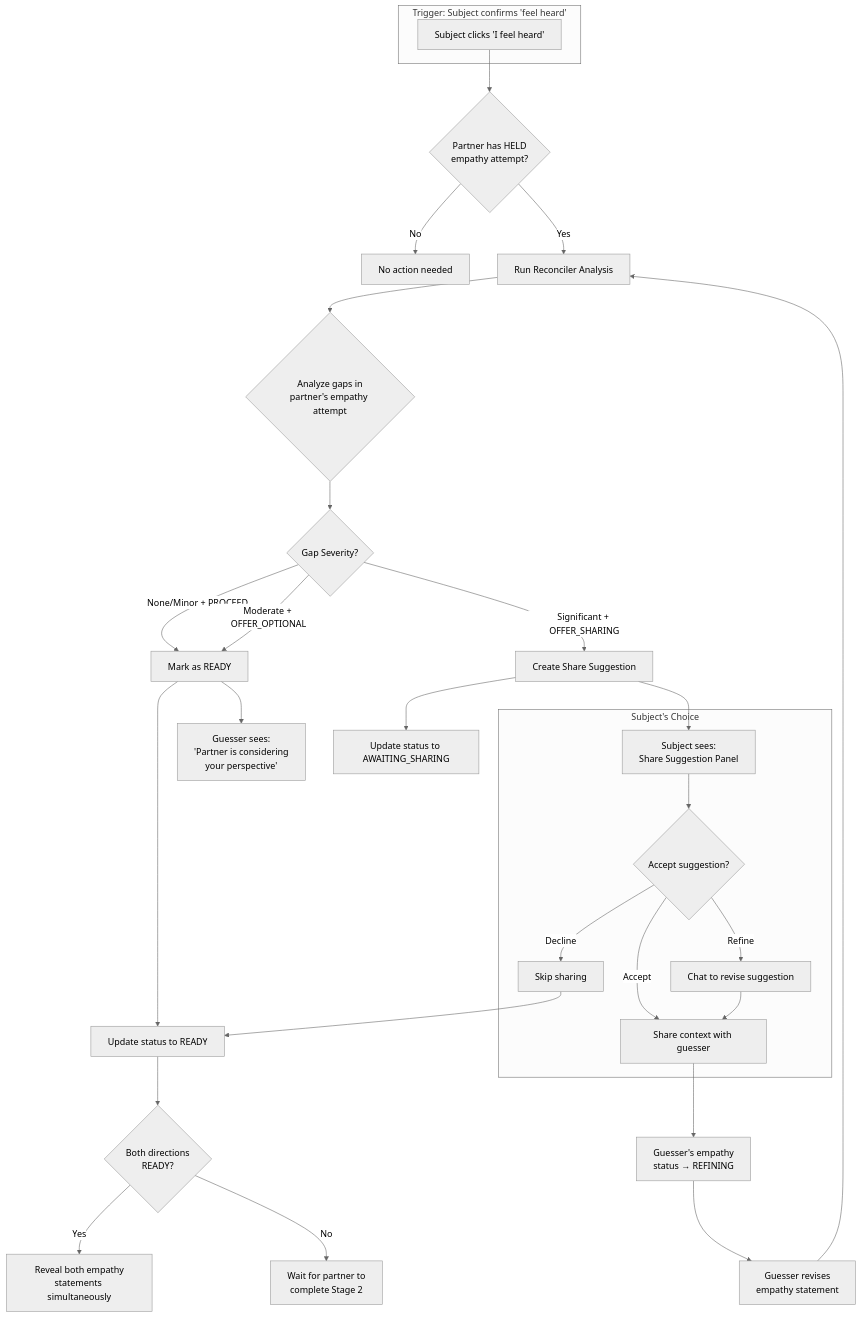
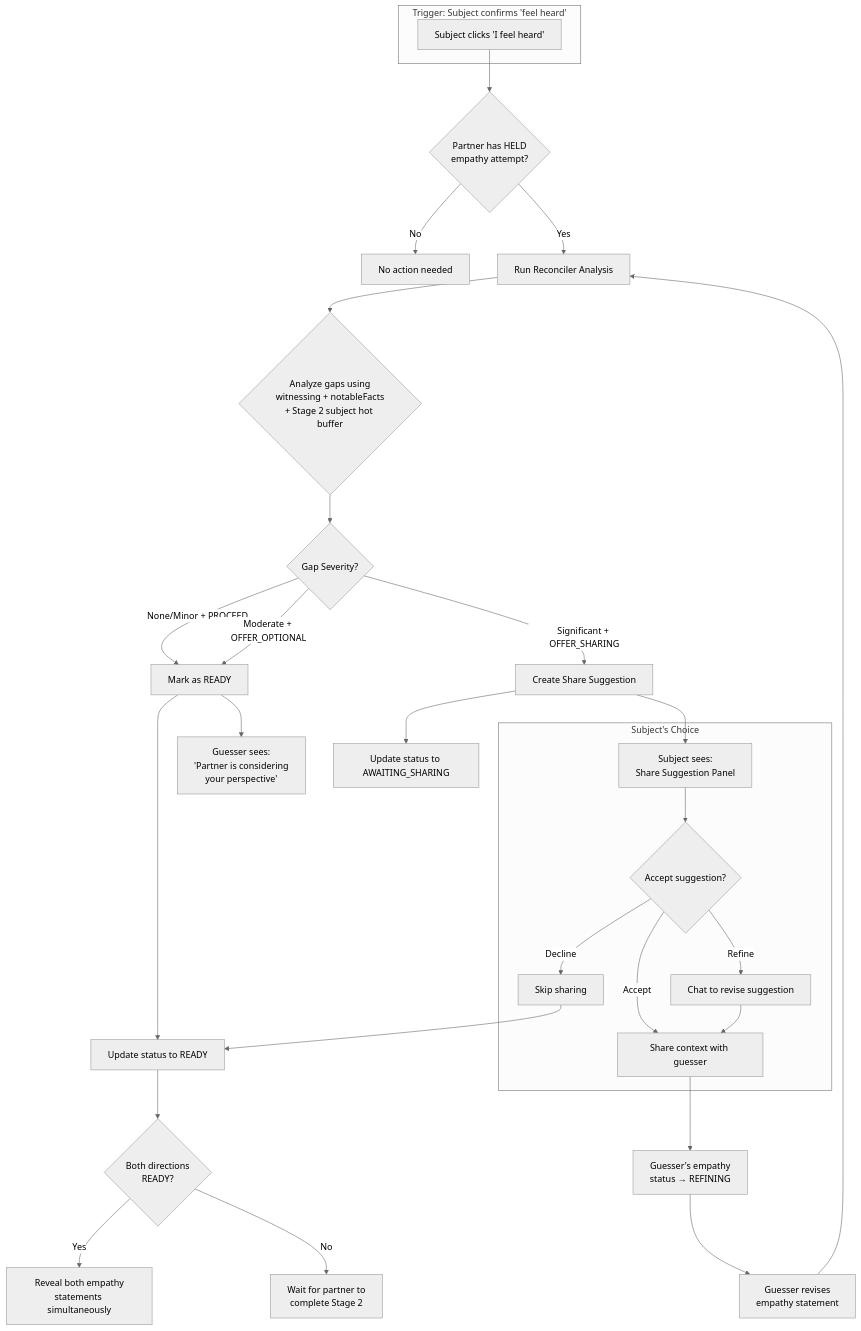
One commit to shantamg/meet-without-fear changed the third of 8 diagrams in docs/backend/reconciler-flow.md. Above: the diagram before and after it, drawn with Mermaid (neutral theme). The commit also changed other lines of this file and 6 other files, not shown here.

````diff
--- a/docs/backend/reconciler-flow.md
+++ b/docs/backend/reconciler-flow.md
@@ -110,41 +110,41 @@
 ```mermaid
 flowchart TB
     subgraph Trigger["Trigger: Subject confirms 'feel heard'"]
         A["Subject clicks 'I feel heard'"]
     end
 
     A --> B{Partner has HELD<br/>empathy attempt?}
     B -->|No| C[No action needed]
     B -->|Yes| D[Run Reconciler Analysis]
 
-    D --> E{Analyze gaps in<br/>partner's empathy attempt}
+    D --> E{Analyze gaps using<br/>witnessing + notableFacts<br/>+ Stage 2 subject hot buffer}
 
     E --> F{Gap Severity?}
 
     F -->|None/Minor + PROCEED| G[Mark as READY]
     F -->|Moderate + OFFER_OPTIONAL| G
     F -->|Significant + OFFER_SHARING| H[Create Share Suggestion]
 
     G --> I["Guesser sees:<br/>'Partner is considering<br/>your perspective'"]
     G --> J[Update status to READY]
     J --> CHECK{Both directions<br/>READY?}
     CHECK -->|Yes| REVEAL[Reveal both empathy<br/>statements simultaneously]
     CHECK -->|No| WAIT[Wait for partner to<br/>complete Stage 2]
 
     H --> K[Subject sees:<br/>Share Suggestion Panel]
     H --> L[Update status to AWAITING_SHARING]
 
     subgraph SubjectChoice["Subject's Choice"]
         K --> M{Accept suggestion?}
         M -->|Accept| N[Share context with guesser]
         M -->|Refine| O[Chat to revise suggestion]
         M -->|Decline| P[Skip sharing]
     end
 
     N --> Q[Guesser's empathy<br/>status → REFINING]
     O --> N
     P --> J
 
     Q --> R[Guesser revises<br/>empathy statement]
     R --> D
 ```
````
